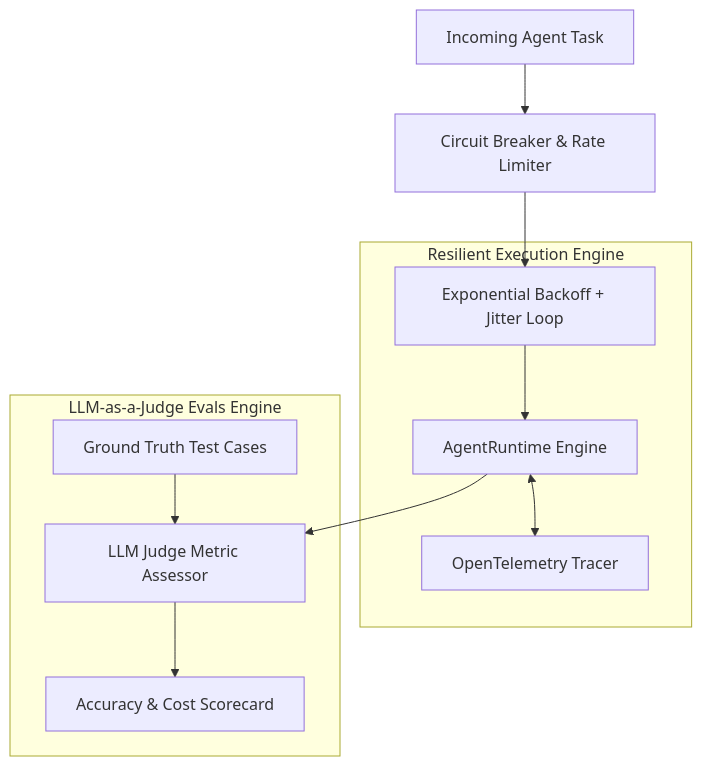
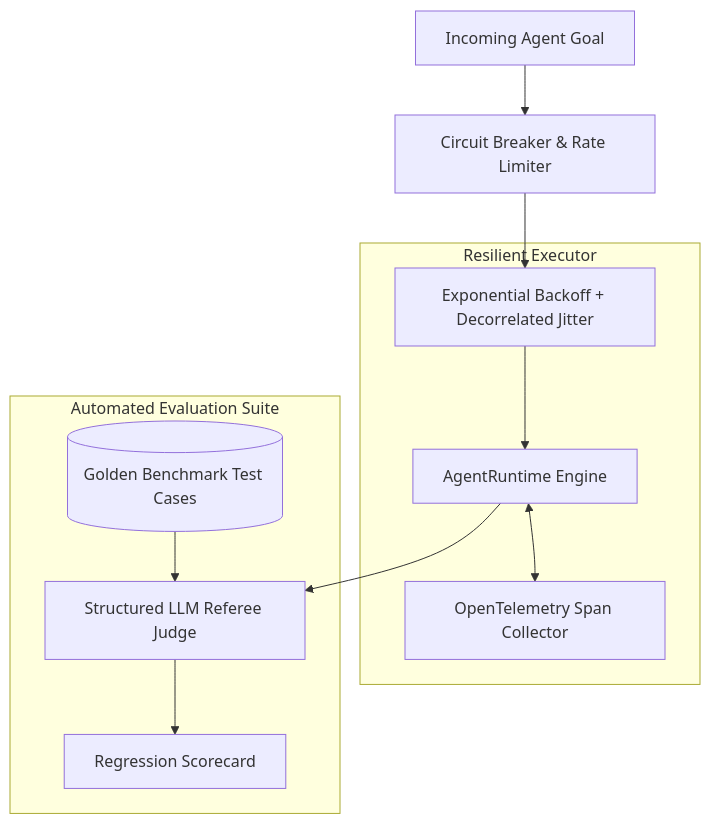
The diagram in content/posts/ai-engineering-from-zero/multi-agent-framework-part-5-resilience-evals.mdx (Ovanthra-Inc/sidhya-blog), drawn with Mermaid before and after one commit. The commit also changed other lines of this file and 42 other files, not shown here.

````diff
--- a/content/posts/ai-engineering-from-zero/multi-agent-framework-part-5-resilience-evals.mdx
+++ b/content/posts/ai-engineering-from-zero/multi-agent-framework-part-5-resilience-evals.mdx
@@ -45,24 +38,24 @@
 ```mermaid
 flowchart TD
-    UserRequest[Incoming Agent Task] --> CircuitBreaker[Circuit Breaker & Rate Limiter]
+    Task[Incoming Agent Goal] --> Breaker[Circuit Breaker & Rate Limiter]
 
-    subgraph ResilientExecutor[Resilient Execution Engine]
-        RetryLoop[Exponential Backoff + Jitter Loop]
+    subgraph ResilientExecutor[Resilient Executor]
+        RetryLoop[Exponential Backoff + Decorrelated Jitter]
         Runtime[AgentRuntime Engine]
-        Tracer[OpenTelemetry Tracer]
+        OTel[OpenTelemetry Span Collector]
     end
 
-    CircuitBreaker --> RetryLoop
+    Breaker --> RetryLoop
     RetryLoop --> Runtime
-    Runtime <--> Tracer
+    Runtime <--> OTel
 
-    subgraph EvalsSuite[LLM-as-a-Judge Evals Engine]
-        GroundTruth[Ground Truth Test Cases]
-        Judge[LLM Judge Metric Assessor]
-        Report[Accuracy & Cost Scorecard]
+    subgraph EvaluationHarness[Automated Evaluation Suite]
+        Dataset[(Golden Benchmark Test Cases)]
+        Judge[Structured LLM Referee Judge]
+        Report[Regression Scorecard]
     end
 
     Runtime --> Judge
-    GroundTruth --> Judge
+    Dataset --> Judge
     Judge --> Report
 ```
````
